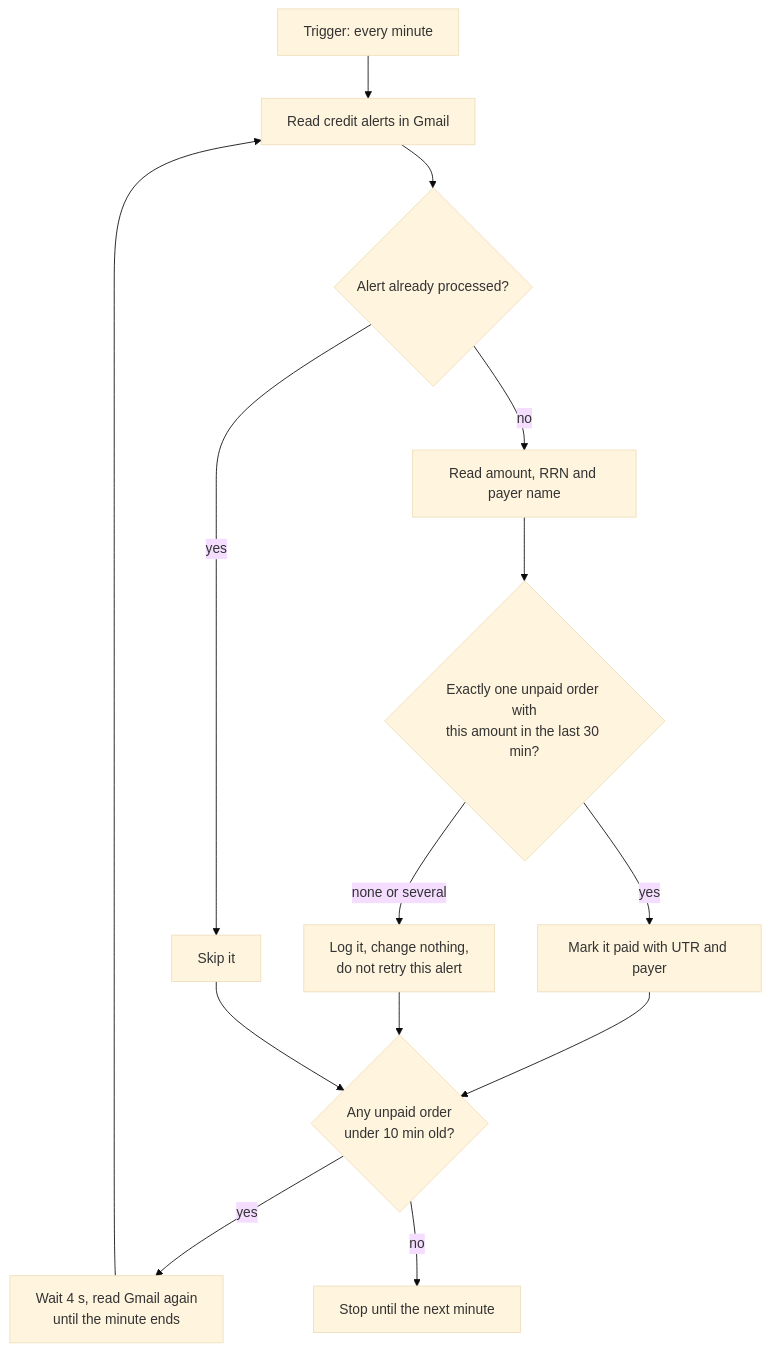
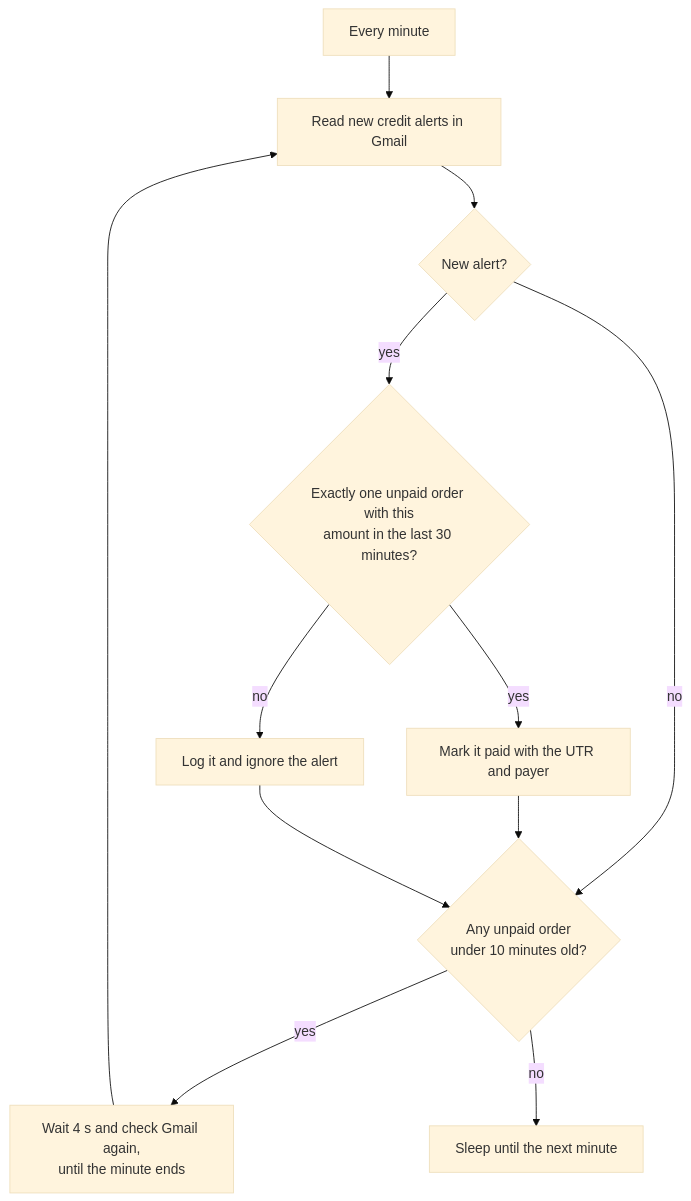
Before and after one commit to satyam-64136/My-store: the fifth of 6 diagrams in README.md, drawn with Mermaid (base theme). The commit also changed other lines of this file, not shown here.

````diff
--- a/README.md
+++ b/README.md
@@ -154,16 +126,14 @@
 ```mermaid
 flowchart TD
-  T["Trigger: every minute"] --> A["Read credit alerts in Gmail"]
-  A --> B{"Alert already processed?"}
-  B -- yes --> N["Skip it"]
-  B -- no --> C["Read amount, RRN and payer name"]
-  C --> D{"Exactly one unpaid order with<br/>this amount in the last 30 min?"}
-  D -- yes --> E["Mark it paid with UTR and payer"]
-  D -- "none or several" --> F["Log it, change nothing,<br/>do not retry this alert"]
-  E --> G{"Any unpaid order<br/>under 10 min old?"}
-  F --> G
-  N --> G
-  G -- yes --> H["Wait 4 s, read Gmail again<br/>until the minute ends"]
+  T["Every minute"] --> A["Read new credit alerts in Gmail"]
+  A --> B{"New alert?"}
+  B -- "no" --> G
+  B -- "yes" --> C{"Exactly one unpaid order with this<br/>amount in the last 30 minutes?"}
+  C -- "yes" --> D["Mark it paid with the UTR and payer"]
+  C -- "no" --> E["Log it and ignore the alert"]
+  D --> G{"Any unpaid order<br/>under 10 minutes old?"}
+  E --> G
+  G -- "yes" --> H["Wait 4 s and check Gmail again,<br/>until the minute ends"]
   H --> A
-  G -- no --> Z["Stop until the next minute"]
+  G -- "no" --> Z["Sleep until the next minute"]
 ```
````
